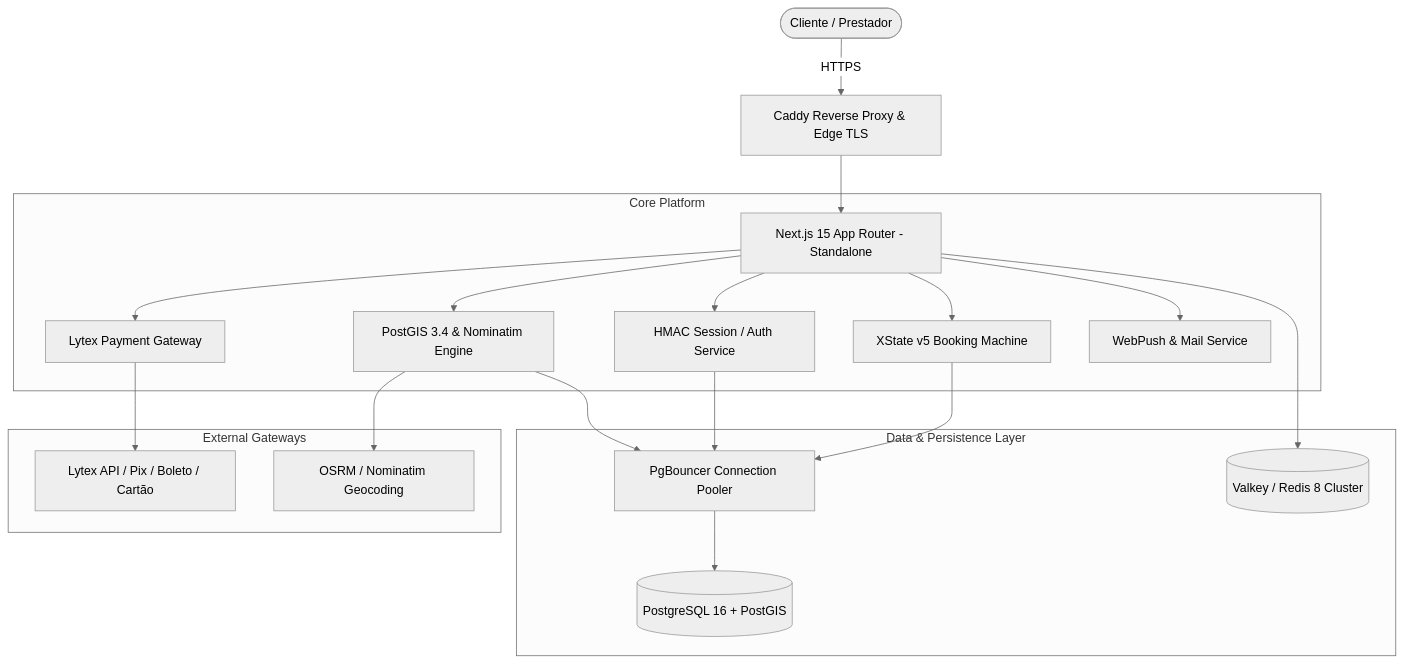
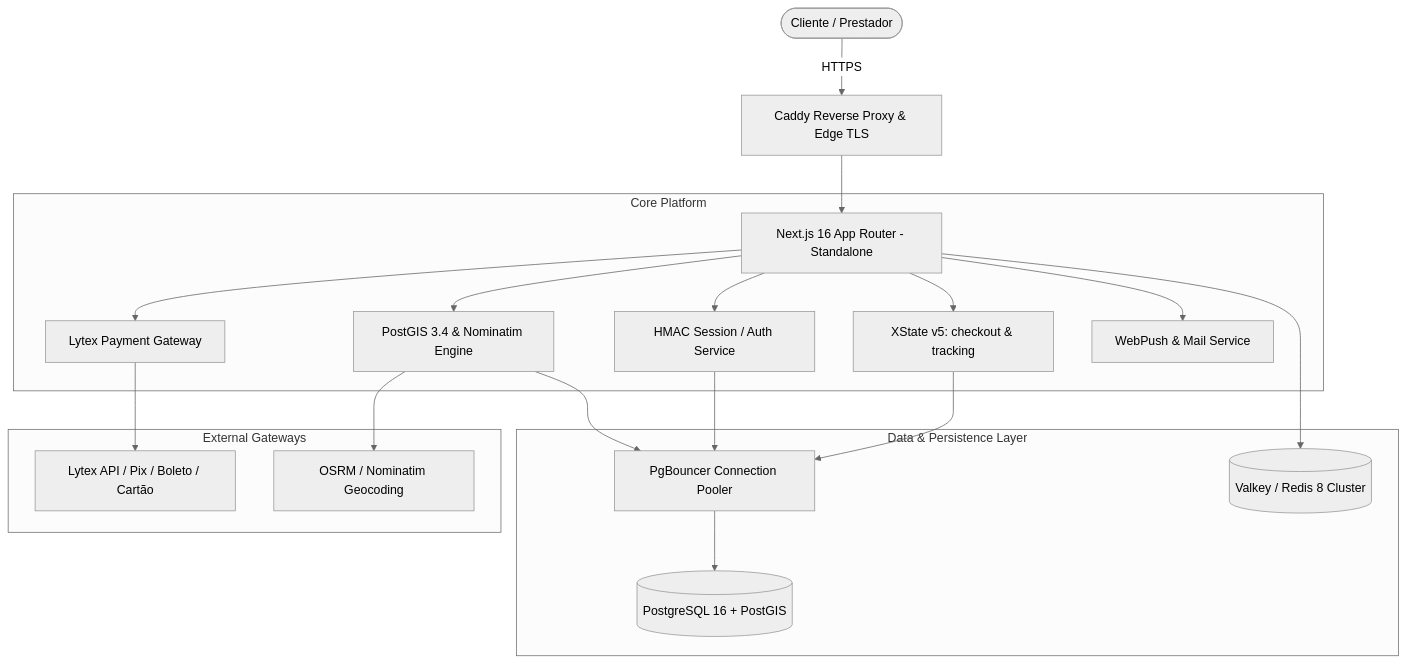
The first of 2 diagrams in docs/ARCHITECTURE.md (severinno/severinno), drawn with Mermaid (neutral theme) before and after one commit. The commit also changed other lines of this file and 42 other files, not shown here.

````diff
--- a/docs/ARCHITECTURE.md
+++ b/docs/ARCHITECTURE.md
@@ -9,26 +9,26 @@
 ```mermaid
 graph TD
     User([Cliente / Prestador]) -->|HTTPS| Caddy[Caddy Reverse Proxy & Edge TLS]
-    Caddy --> Next[Next.js 15 App Router - Standalone]
+    Caddy --> Next[Next.js 16 App Router - Standalone]
 
     subgraph Core Platform
         Next --> Auth[HMAC Session / Auth Service]
         Next --> Geo[PostGIS 3.4 & Nominatim Engine]
-        Next --> XState[XState v5 Booking Machine]
+        Next --> XState[XState v5: checkout & tracking]
         Next --> Payment[Lytex Payment Gateway]
         Next --> Notif[WebPush & Mail Service]
     end
 
     subgraph Data & Persistence Layer
         Geo --> PgBouncer[PgBouncer Connection Pooler]
         Auth --> PgBouncer
         XState --> PgBouncer
         PgBouncer --> Postgres[(PostgreSQL 16 + PostGIS)]
         Next --> Redis[(Valkey / Redis 8 Cluster)]
     end
 
     subgraph External Gateways
         Payment --> LytexAPI[Lytex API / Pix / Boleto / Cartão]
         Geo --> OpenStreetMap[OSRM / Nominatim Geocoding]
     end
 ```
````
